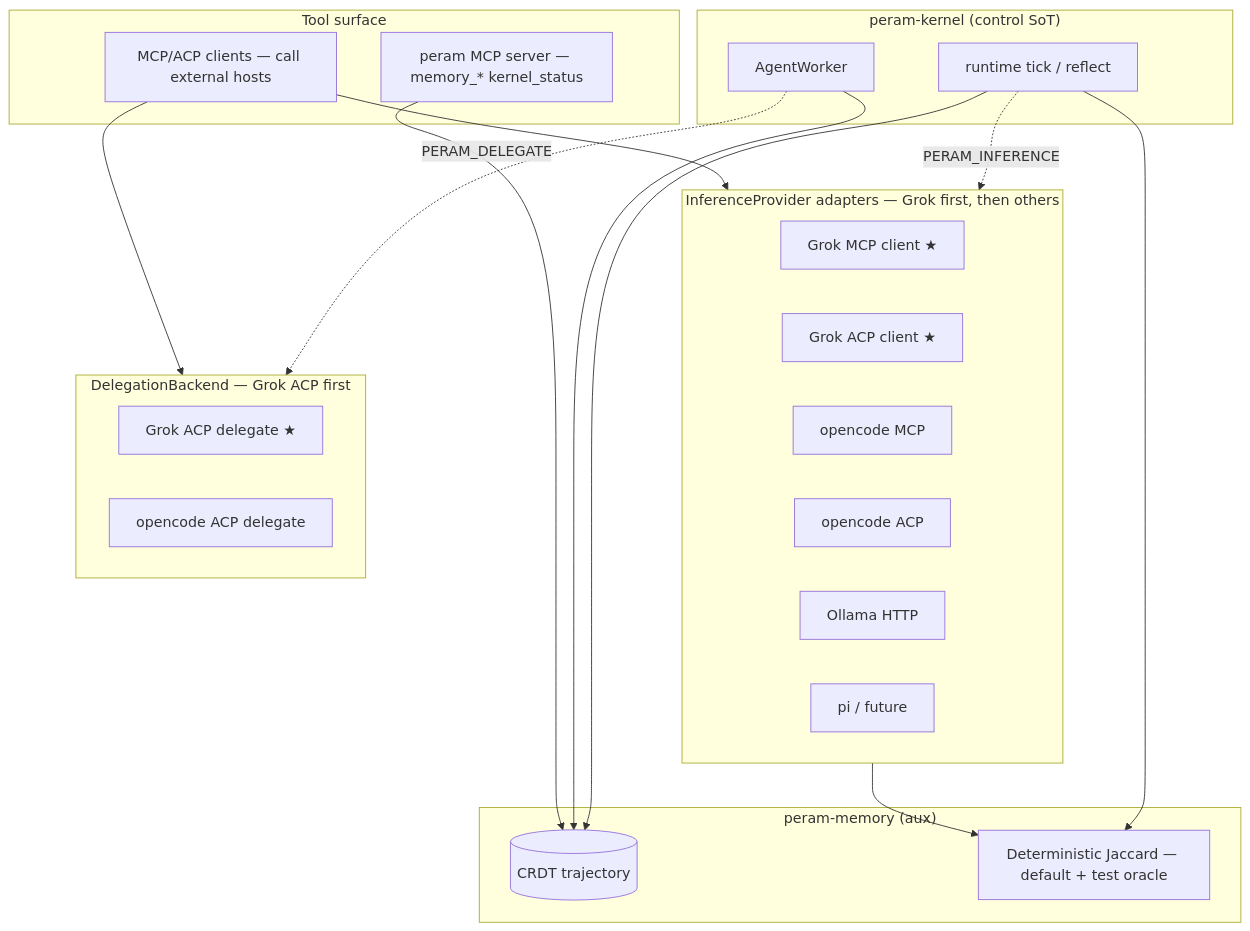
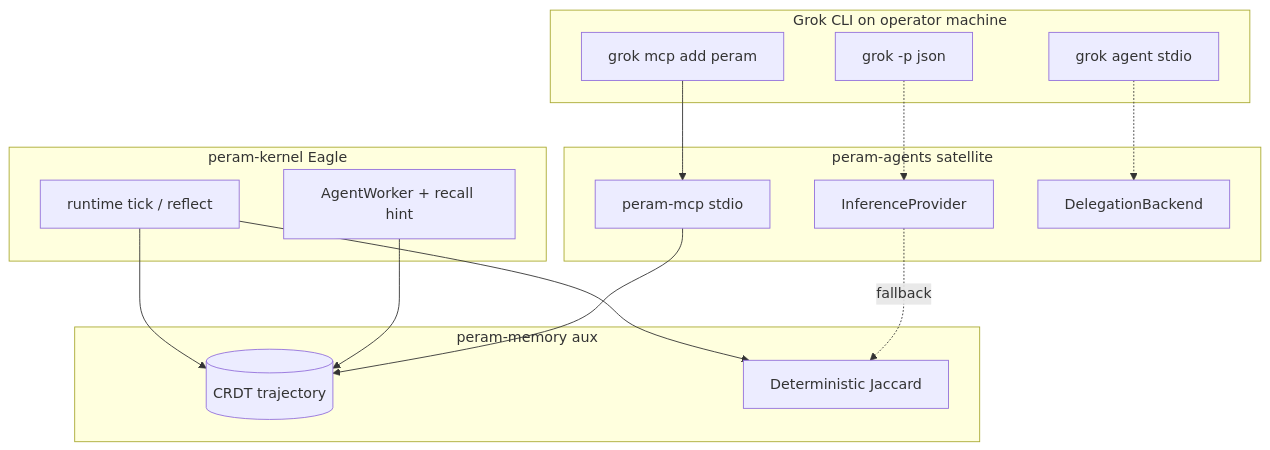
One commit to thecuriousts/ensembly changed diagram 13 of 15 in docs/arch-design/coming-next.md. Above: the diagram before and after it, drawn with Mermaid. The commit also changed other lines of this file and 19 other files, not shown here.

First line of the commit message:
SN-8 stretch: peram-agents, official Grok MCP/ACP wire, recall + MCP export.

````diff
--- a/docs/arch-design/coming-next.md
+++ b/docs/arch-design/coming-next.md
@@ -413,36 +412,29 @@
 ```mermaid
 flowchart TB
-  subgraph kernel["peram-kernel (control SoT)"]
+  subgraph eagle["peram-kernel Eagle"]
     rt[runtime tick / reflect]
-    worker[AgentWorker]
+    worker[AgentWorker + recall hint]
   end
-  subgraph memory["peram-memory (aux)"]
+  subgraph mem["peram-memory aux"]
     doc[(CRDT trajectory)]
-    det[Deterministic Jaccard — default + test oracle]
+    det[Deterministic Jaccard]
   end
-  subgraph providers["InferenceProvider adapters — Grok first, then others"]
-    grok_mcp[Grok MCP client ★]
-    grok_acp[Grok ACP client ★]
-    oc_mcp[opencode MCP]
-    oc_acp[opencode ACP]
-    ollama[Ollama HTTP]
-    pi[pi / future]
+  subgraph sat["peram-agents satellite"]
+    mcp[peram-mcp stdio]
+    inf[InferenceProvider]
+    del[DelegationBackend]
   end
-  subgraph hands["DelegationBackend — Grok ACP first"]
-    grok_del[Grok ACP delegate ★]
-    oc_del[opencode ACP delegate]
-  end
-  subgraph surface["Tool surface"]
-    mcp_out[peram MCP server — memory_* kernel_status]
-    mcp_in[MCP/ACP clients — call external hosts]
+  subgraph grokHost["Grok CLI on operator machine"]
+    grokMcp["grok mcp add peram"]
+    grokAcp["grok agent stdio"]
+    grokP["grok -p json"]
   end
   rt --> doc
   rt --> det
-  rt -.->|PERAM_INFERENCE| providers
-  providers --> det
   worker --> doc
-  worker -.->|PERAM_DELEGATE| hands
-  mcp_out --> doc
-  mcp_in --> providers
-  mcp_in --> hands
+  mcp --> doc
+  grokMcp --> mcp
+  grokP -.-> inf
+  grokAcp -.-> del
+  inf -.->|fallback| det
 ```
````
